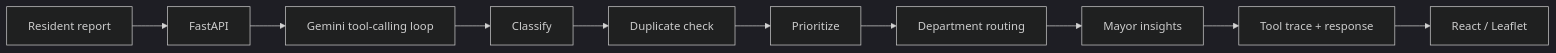
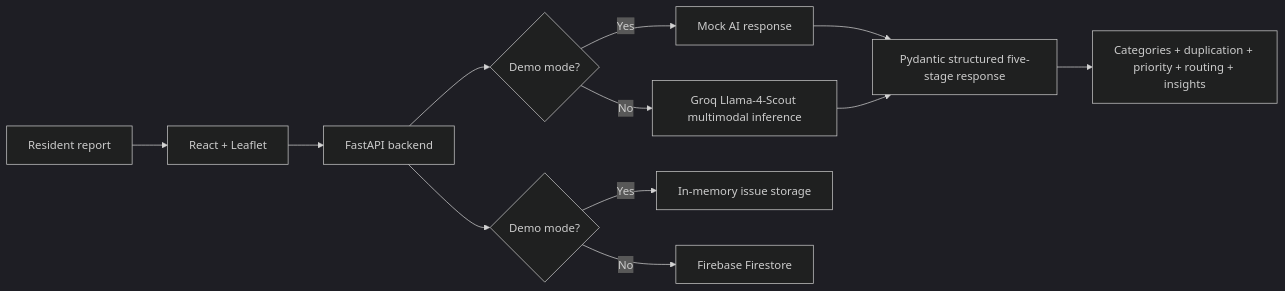
One commit to Consoder/CivicPulse changed the diagram in README.md. Above: the diagram before and after it, drawn with Mermaid (dark theme). The commit also changed other lines of this file and 65 other files, not shown here.

Commit message:
feat: publish audited CivicPulse frontend and FastAPI source

````diff
--- a/README.md
+++ b/README.md
@@ -29,12 +25,14 @@
 ```mermaid
 flowchart LR
-    A[Resident report] --> B[FastAPI]
-    B --> C[Gemini tool-calling loop]
-    C --> D[Classify]
-    D --> E[Duplicate check]
-    E --> F[Prioritize]
-    F --> G[Department routing]
-    G --> H[Mayor insights]
-    H --> I[Tool trace + response]
-    I --> J[React / Leaflet]
+  A[Resident report] --> B[React + Leaflet]
+  B --> C[FastAPI backend]
+  C --> D{Demo mode?}
+  D -- Yes --> E[Mock AI response]
+  D -- No --> F[Groq Llama-4-Scout multimodal inference]
+  E --> G[Pydantic structured five-stage response]
+  F --> G
+  G --> H[Categories + duplication + priority + routing + insights]
+  C --> I{Demo mode?}
+  I -- Yes --> J[In-memory issue storage]
+  I -- No --> K[Firebase Firestore]
 ```
````
